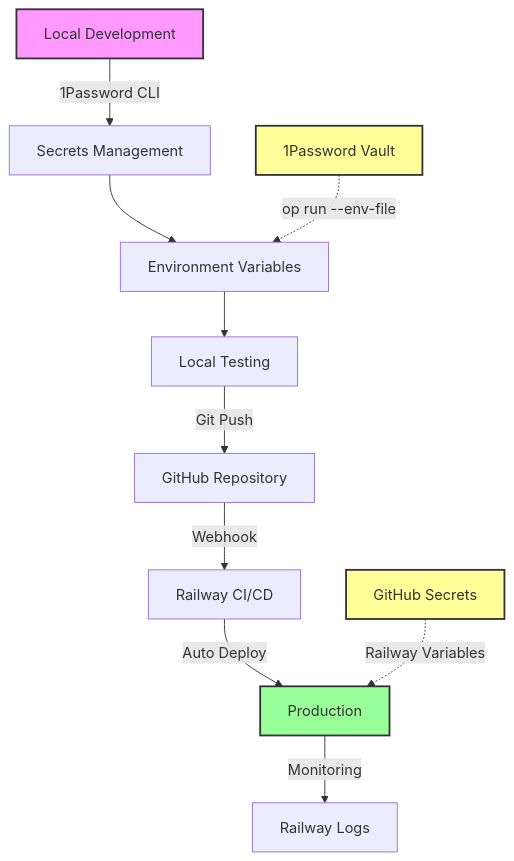
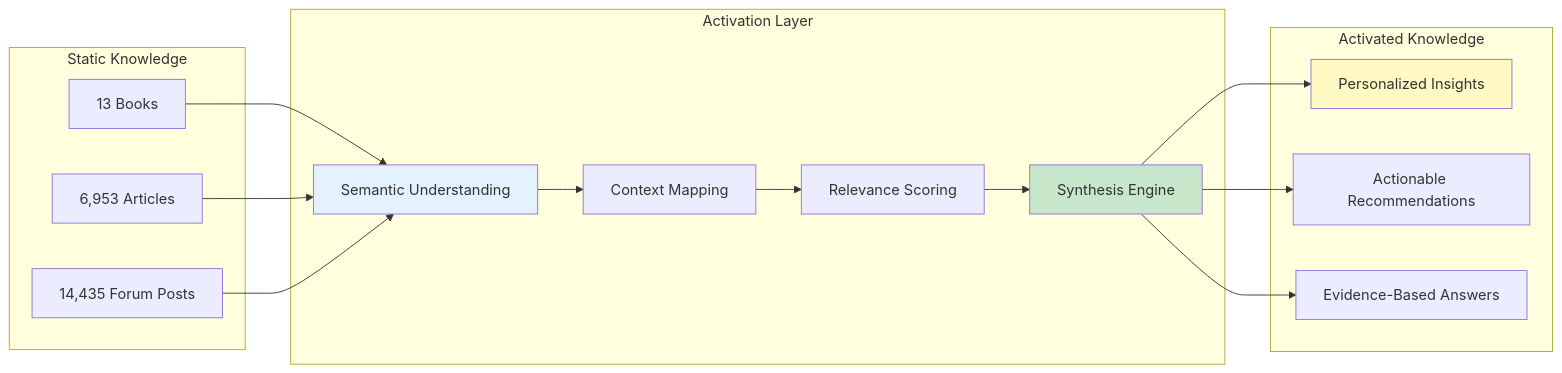
One commit to longevitycoach/StrunzKnowledge changed diagram 12 of 16 in README.md. Above: the diagram before and after it, drawn with Mermaid. The commit also changed other lines of this file and 88 other files, not shown here.

````diff
--- a/README.md
+++ b/README.md
@@ -246,18 +679,35 @@
 ```mermaid
-graph TD
-    A[Local Development] -->|1Password CLI| B[Secrets Management]
-    B --> C[Environment Variables]
-    C --> D[Local Testing]
-    D -->|Git Push| E[GitHub Repository]
-    E -->|Webhook| F[Railway CI/CD]
-    F -->|Auto Deploy| G[Production]
-    G -->|Monitoring| H[Railway Logs]
+graph LR
+    subgraph "Static Knowledge"
+        A[13 Books]
+        B[6,953 Articles]
+        C[14,435 Forum Posts]
+    end
     
-    I[1Password Vault] -.->|op run --env-file| C
-    J[GitHub Secrets] -.->|Railway Variables| G
+    subgraph "Activation Layer"
+        D[Semantic Understanding]
+        E[Context Mapping]
+        F[Relevance Scoring]
+        G[Synthesis Engine]
+    end
     
-    style A fill:#f9f,stroke:#333,stroke-width:2px
-    style G fill:#9f9,stroke:#333,stroke-width:2px
-    style I fill:#ff9,stroke:#333,stroke-width:2px
-    style J fill:#ff9,stroke:#333,stroke-width:2px
+    subgraph "Activated Knowledge"
+        H[Personalized Insights]
+        I[Actionable Recommendations]
+        J[Evidence-Based Answers]
+    end
+    
+    A --> D
+    B --> D
+    C --> D
+    D --> E
+    E --> F
+    F --> G
+    G --> H
+    G --> I
+    G --> J
+    
+    style D fill:#e3f2fd
+    style G fill:#c8e6c9
+    style H fill:#fff9c4
 ```
````
